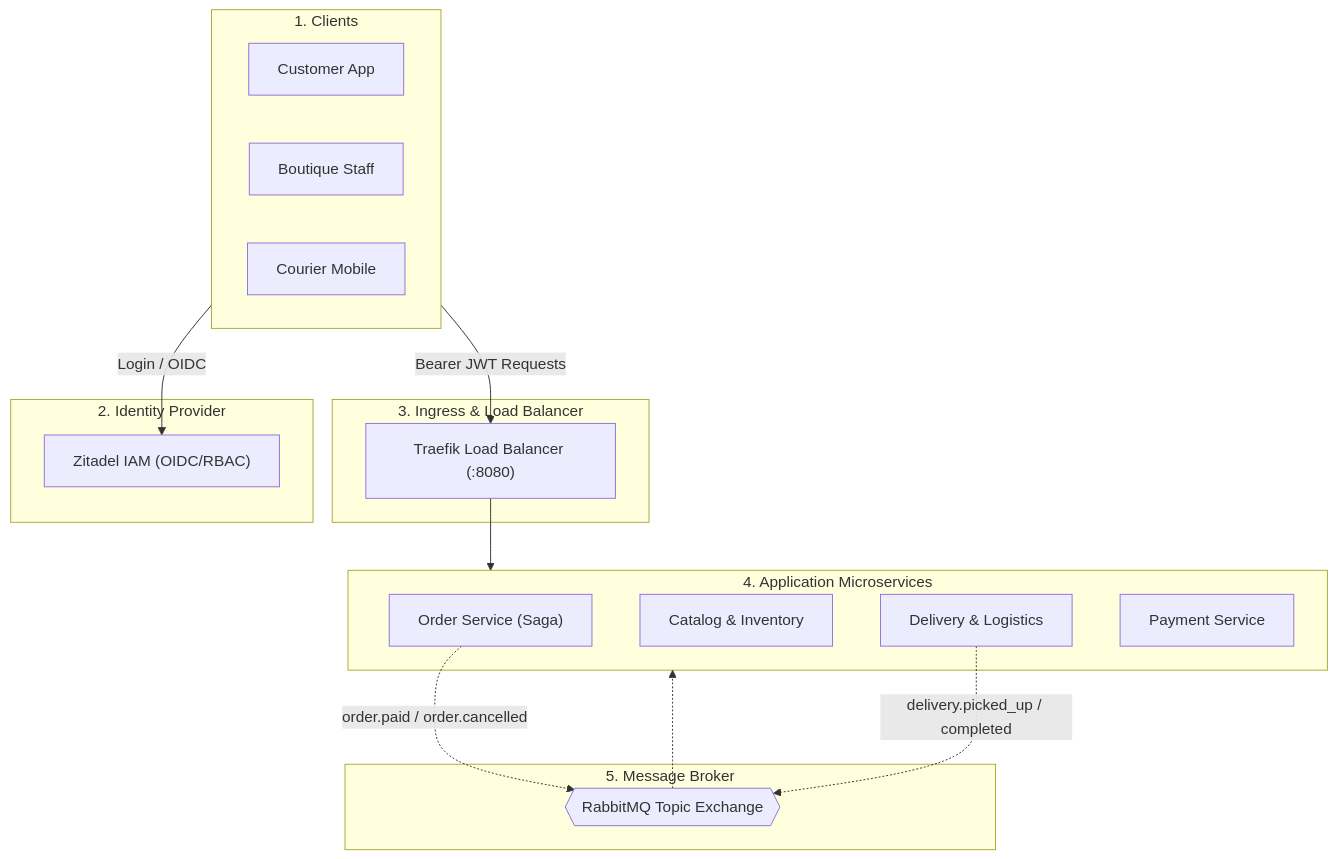
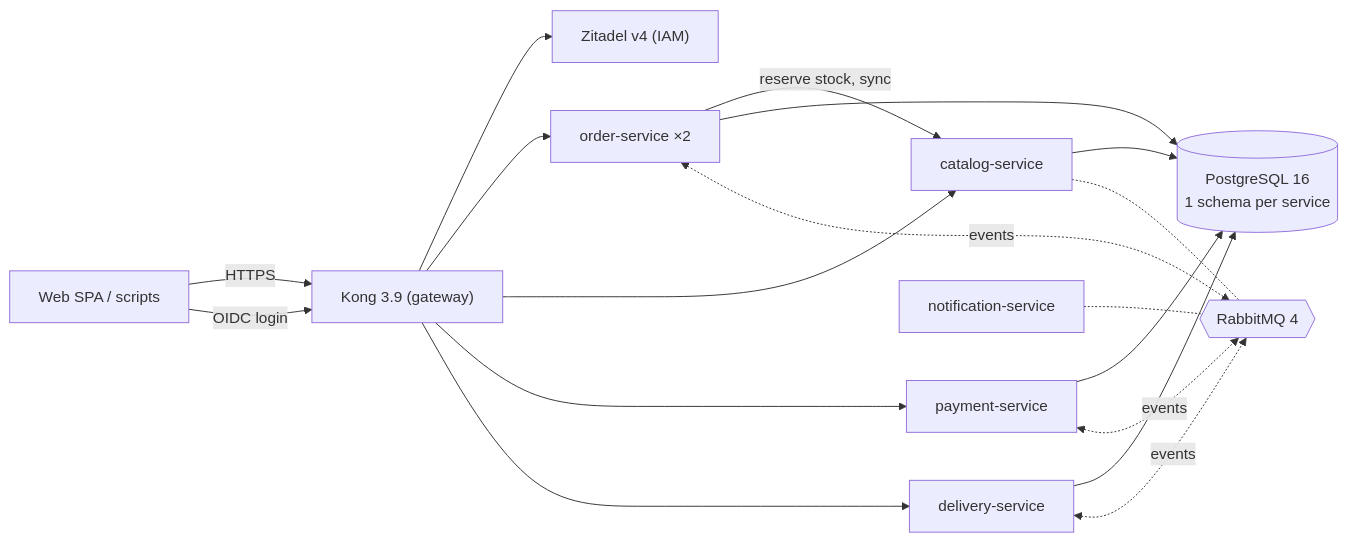
The diagram in README.md (Ilyasnightblid/micro-service), drawn with Mermaid before and after one commit. The commit also changed other lines of this file and 32 other files, not shown here.

First line of the commit message:
Add iteration 1 skeleton: Kong gateway and five Node.js services

````diff
--- a/README.md
+++ b/README.md
@@ -59,35 +17,14 @@
 ```mermaid
-flowchart TB
-    subgraph Clients["1. Clients"]
-        Customer["Customer App"]
-        Staff["Boutique Staff"]
-        Courier["Courier Mobile"]
-    end
-
-    subgraph Security["2. Identity Provider"]
-        Zitadel["Zitadel IAM (OIDC/RBAC)"]
-    end
-
-    subgraph Edge["3. Ingress & Load Balancer"]
-        Gateway["Traefik Load Balancer (:8080)"]
-    end
-
-    subgraph Mesh["4. Application Microservices"]
-        OrderSvc["Order Service (Saga)"]
-        InvSvc["Catalog & Inventory"]
-        DelivSvc["Delivery & Logistics"]
-        PaySvc["Payment Service"]
-    end
-
-    subgraph Events["5. Message Broker"]
-        RabbitMQ{{"RabbitMQ Topic Exchange"}}
-    end
-
-    Clients -->|Login / OIDC| Zitadel
-    Clients -->|Bearer JWT Requests| Gateway
-    Gateway --> Mesh
-
-    OrderSvc -.->|order.paid / order.cancelled| RabbitMQ
-    DelivSvc -.->|delivery.picked_up / completed| RabbitMQ
-    RabbitMQ -.-> Mesh
+flowchart LR
+    Client["Web SPA / scripts"] -->|HTTPS| Kong["Kong 3.9 (gateway)"]
+    Client -->|OIDC login| Kong
+    Kong --> Zitadel["Zitadel v4 (IAM)"]
+    Kong --> Order["order-service ×2"]
+    Kong --> Catalog["catalog-service"]
+    Kong --> Payment["payment-service"]
+    Kong --> Delivery["delivery-service"]
+    Order -->|reserve stock, sync| Catalog
+    Order & Catalog & Payment & Delivery --> PG[("PostgreSQL 16<br/>1 schema per service")]
+    Order & Payment & Delivery <-.->|events| MQ{{"RabbitMQ 4"}}
+    Catalog & Notification["notification-service"] <-.- MQ
 ```
````
